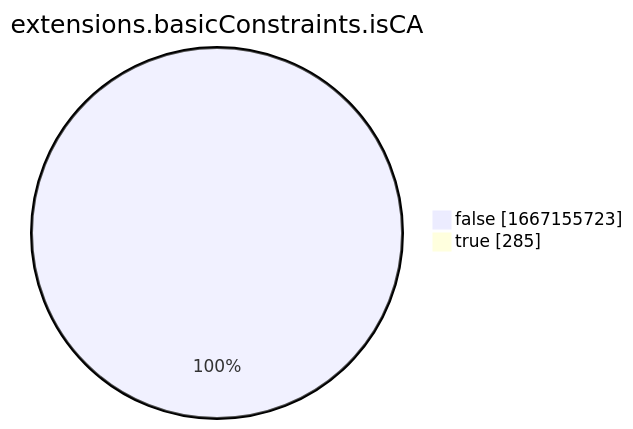
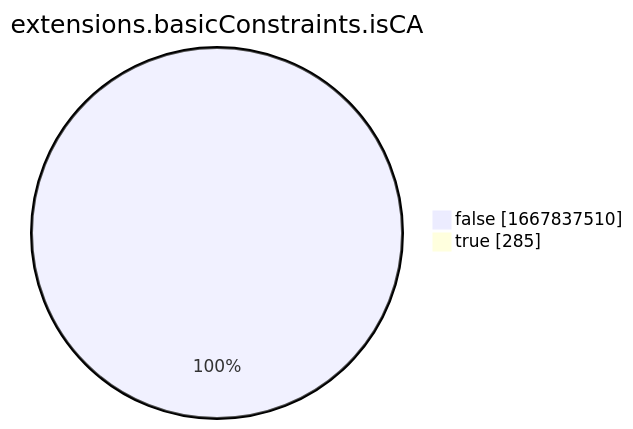
Before and after one commit to christiankrug/ctmonitor_visualization: the eighth of 15 diagrams in xenon2022/README.md, drawn with Mermaid. The commit also changed other lines of this file, not shown here.

````diff
--- a/xenon2022/README.md
+++ b/xenon2022/README.md
@@ -2865,6 +2865,6 @@
 ```mermaid
 pie showData
 title extensions.basicConstraints.isCA
-"false" :1667155723
+"false" :1667837510
 "true" :285
 ```
````
